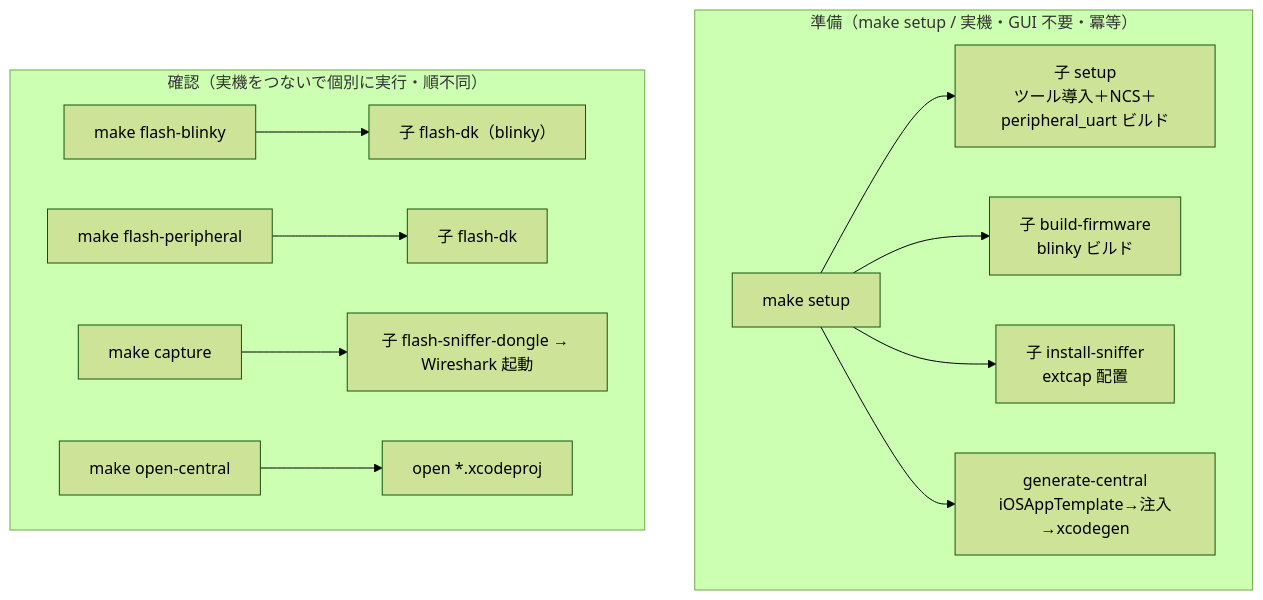
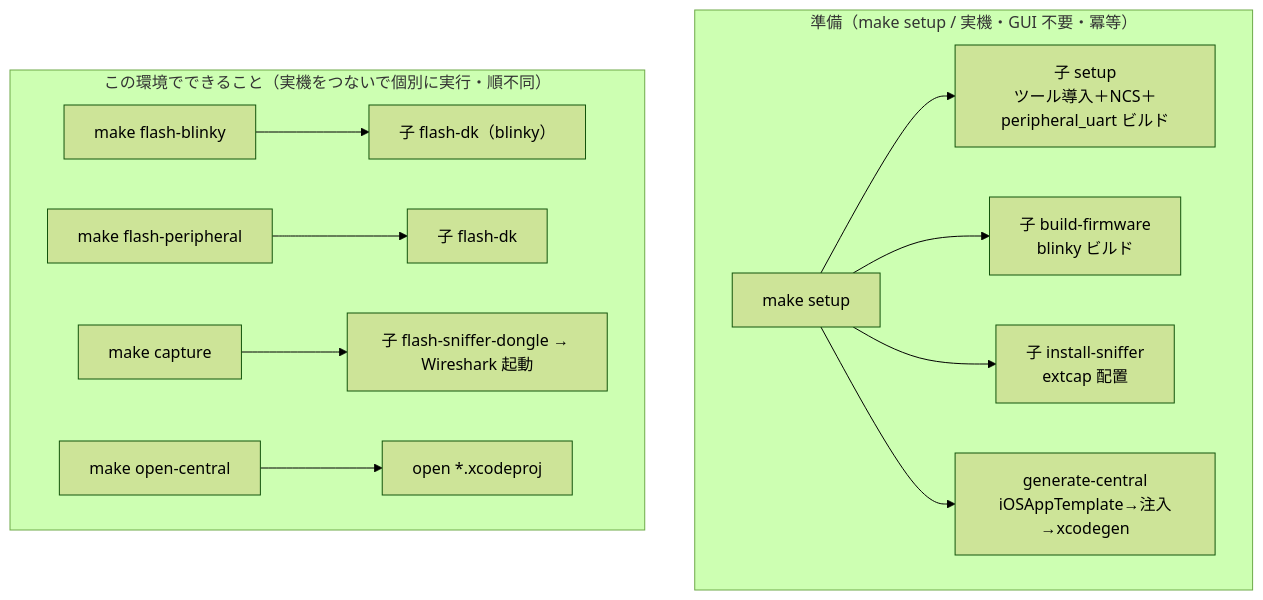
Before and after one commit to kokiTakashiki/CoreBluetoothDevelopmentBootstrap: the fourth of 4 diagrams in docs/DESIGN-001.md, drawn with Mermaid (forest theme). The commit also changed other lines of this file and 2 other files, not shown here.

First line of the commit message:
docs: 「確認」カテゴリ名を Makefile の手直しに合わせ「この環境でできること」へ統一

````diff
--- a/docs/DESIGN-001.md
+++ b/docs/DESIGN-001.md
@@ -242,17 +242,17 @@
 ```mermaid
 graph TD
     subgraph build["準備（make setup / 実機・GUI 不要・冪等）"]
         setup["make setup"]
         setup --> s1["子 setup<br/>ツール導入＋NCS＋peripheral_uart ビルド"]
         setup --> s2["子 build-firmware<br/>blinky ビルド"]
         setup --> s3["子 install-sniffer<br/>extcap 配置"]
         setup --> s4["generate-central<br/>iOSAppTemplate→注入→xcodegen"]
     end
 
-    subgraph play["確認（実機をつないで個別に実行・順不同）"]
+    subgraph play["この環境でできること（実機をつないで個別に実行・順不同）"]
         fb["make flash-blinky"] --> p1["子 flash-dk（blinky）"]
         fp["make flash-peripheral"] --> p2["子 flash-dk"]
         cap["make capture"] --> p3["子 flash-sniffer-dongle → Wireshark 起動"]
         oc["make open-central"] --> p4["open *.xcodeproj"]
     end
 ```
````
